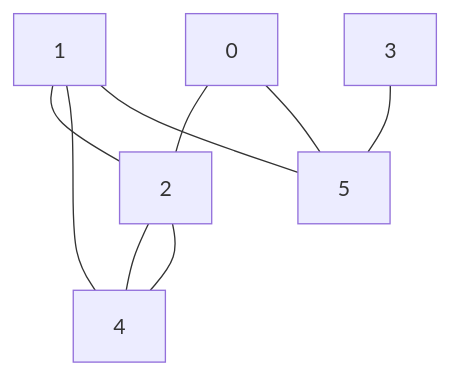
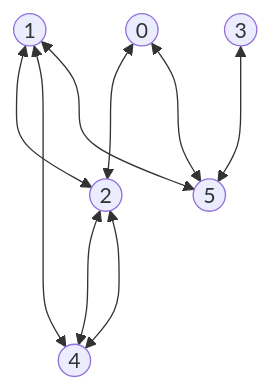
The second of 2 diagrams in ap7/readme.md (dantepedrosa/UFMG-DCC205), drawn with Mermaid before and after one commit. The commit also changed other lines of this file, not shown here.

Commit message:
Improved graph visualization

````diff
--- a/ap7/readme.md
+++ b/ap7/readme.md
@@ -73,11 +73,11 @@
 ```mermaid
 graph TD
-    0 --- 2
-    0 --- 5
-    1 --- 2
-    1 --- 4
-    1 --- 5
-    2 --- 4
-    3 --- 5
-    4 --- 2
+    A((0)) <---> C((2))
+    A((0)) <---> F((5))
+    B((1)) <---> C((2))
+    B((1)) <---> E((4))
+    B((1)) <---> F((5))
+    C((2)) <---> E((4))
+    D((3)) <---> F((5))
+    E((4)) <---> C((2))
 ```
````
